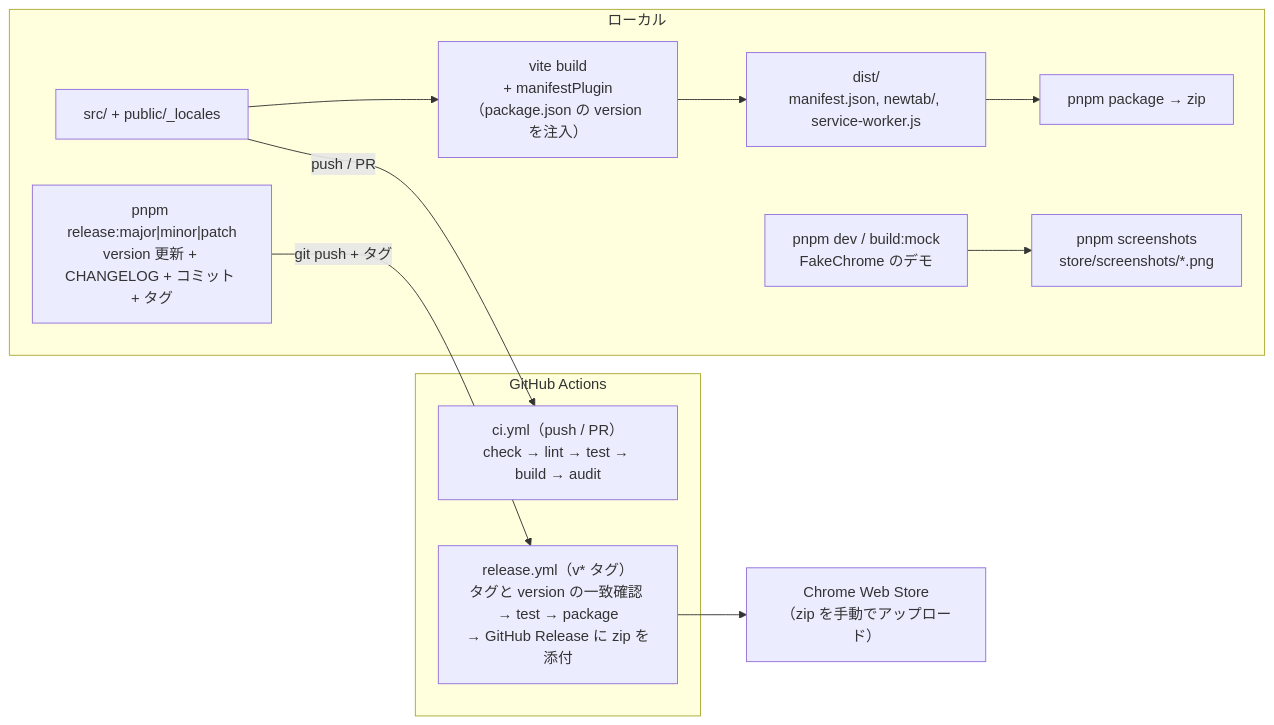
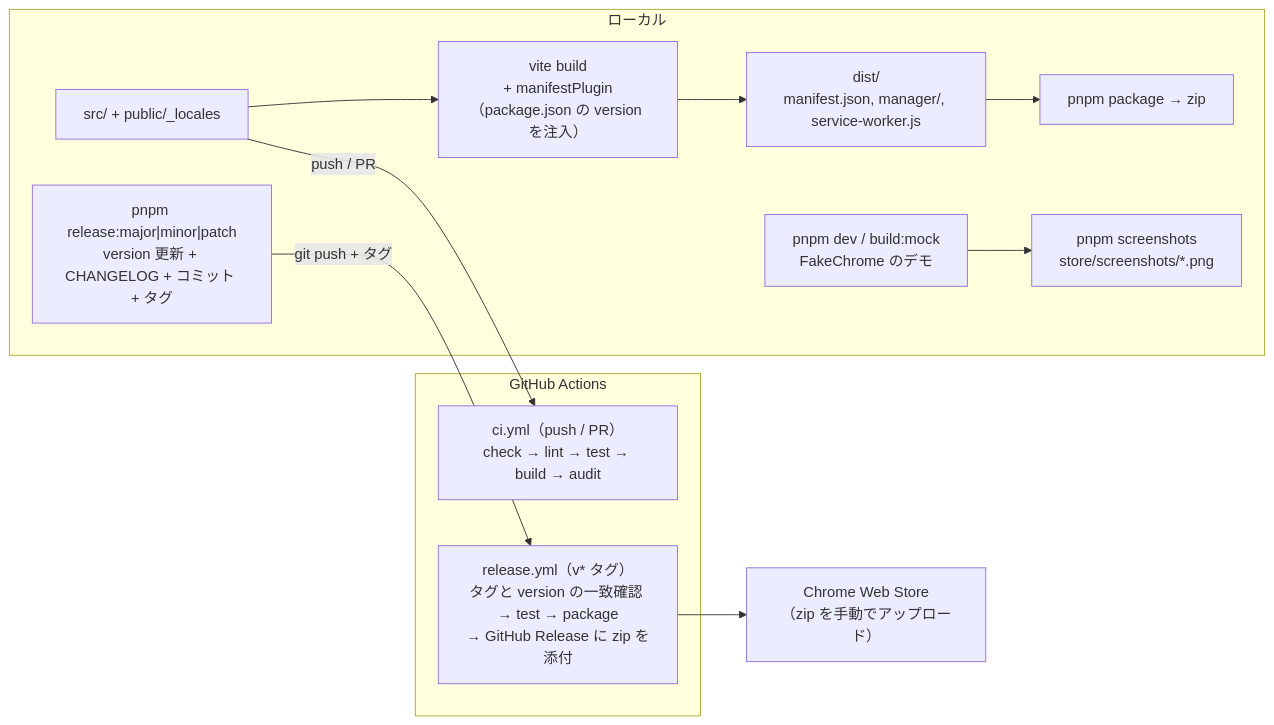
The ninth of 9 diagrams in docs/architecture.md (urzk/urzk-tab-manager), drawn with Mermaid before and after one commit. The commit also changed other lines of this file and 12 other files, not shown here.

````diff
--- a/docs/architecture.md
+++ b/docs/architecture.md
@@ -300,19 +300,19 @@
 ```mermaid
 flowchart LR
   subgraph Local["ローカル"]
     SRC["src/ + public/_locales"] --> VITE["vite build<br/>+ manifestPlugin<br/>（package.json の version を注入）"]
-    VITE --> DIST["dist/<br/>manifest.json, newtab/, service-worker.js"]
+    VITE --> DIST["dist/<br/>manifest.json, manager/, service-worker.js"]
     DIST --> PKG["pnpm package → zip"]
     REL["pnpm release:major|minor|patch<br/>version 更新 + CHANGELOG + コミット + タグ"]
     MOCK["pnpm dev / build:mock<br/>FakeChrome のデモ"] --> SHOT["pnpm screenshots<br/>store/screenshots/*.png"]
   end
 
   subgraph GH["GitHub Actions"]
     CI["ci.yml（push / PR）<br/>check → lint → test → build → audit"]
     RW["release.yml（v* タグ）<br/>タグと version の一致確認 → test → package<br/>→ GitHub Release に zip を添付"]
   end
 
   REL -- "git push + タグ" --> RW
   SRC -- "push / PR" --> CI
   RW --> STORE["Chrome Web Store<br/>（zip を手動でアップロード）"]
 ```
````
